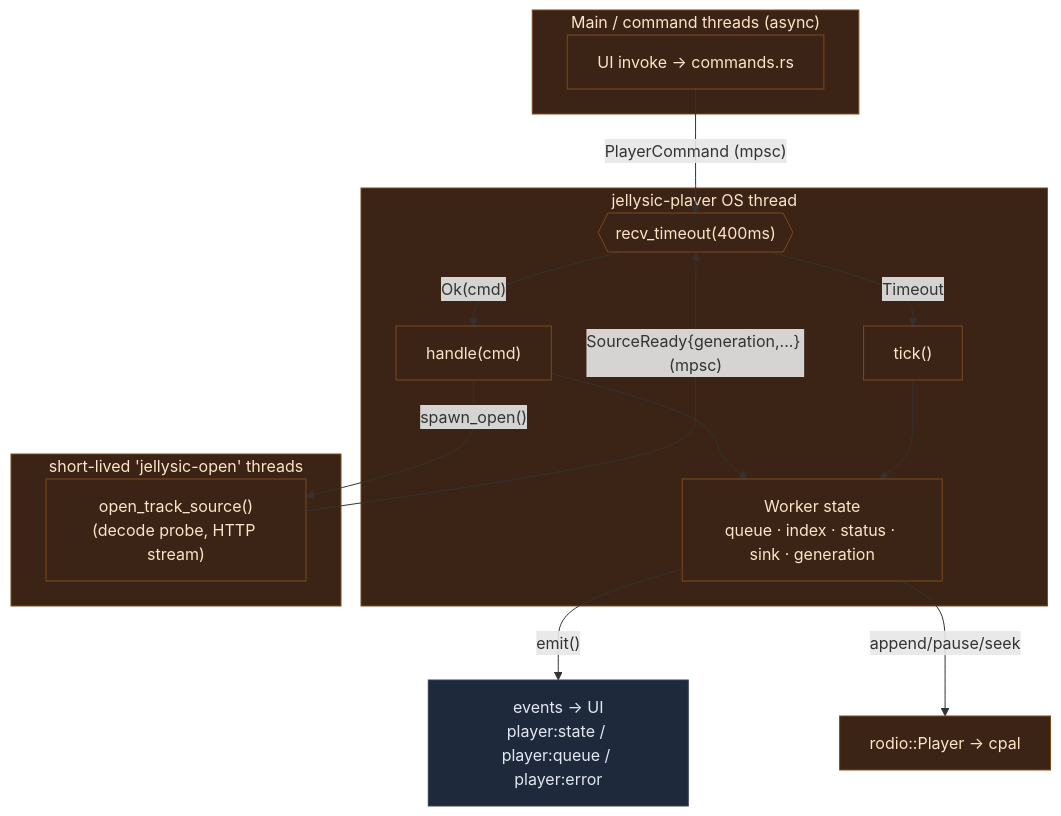
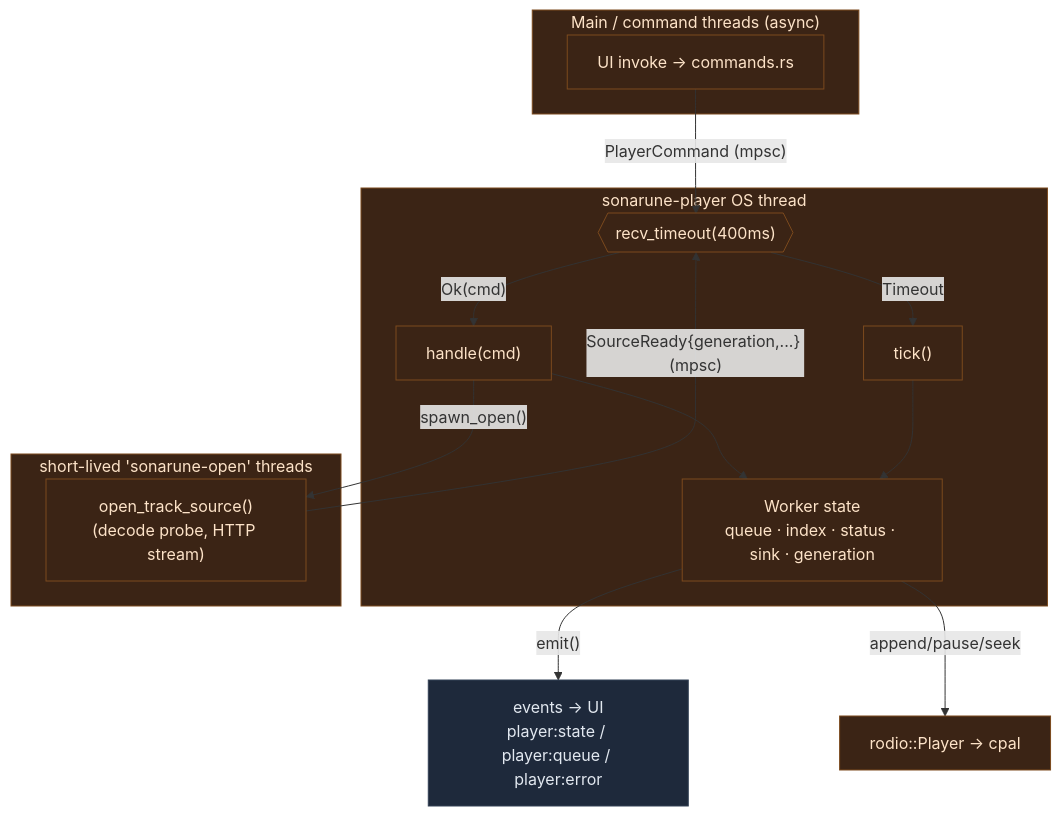
Before and after one commit to Ariazonaa/sonarune: the third of 11 diagrams in docs/architecture.md, drawn with Mermaid. The commit also changed other lines of this file and 94 other files, not shown here.

````diff
--- a/docs/architecture.md
+++ b/docs/architecture.md
@@ -105,32 +105,32 @@
 ```mermaid
 flowchart TB
     subgraph MAIN["Main / command threads (async)"]
         U["UI invoke → commands.rs"]
     end
 
-    subgraph WORKER["jellysic-player OS thread"]
+    subgraph WORKER["sonarune-player OS thread"]
         LOOP{{"recv_timeout(400ms)"}}
         H["handle(cmd)"]
         T["tick()"]
         W["Worker state<br/>queue · index · status · sink · generation"]
         LOOP -- "Ok(cmd)" --> H
         LOOP -- "Timeout" --> T
         H --> W
         T --> W
     end
 
-    subgraph OPEN["short-lived 'jellysic-open' threads"]
+    subgraph OPEN["short-lived 'sonarune-open' threads"]
         O["open_track_source()<br/>(decode probe, HTTP stream)"]
     end
 
     U -- "PlayerCommand (mpsc)" --> LOOP
     H -- "spawn_open()" --> O
     O -- "SourceReady{generation,...} (mpsc)" --> LOOP
     W -- "emit()" --> EV["events → UI<br/>player:state / player:queue / player:error"]
     W -- "append/pause/seek" --> SINK["rodio::Player → cpal"]
 
     classDef box fill:#3b2415,stroke:#7c4a1e,color:#fde3c8;
     classDef ev fill:#1e293b,stroke:#334155,color:#e2e8f0;
     class WORKER,LOOP,H,T,W,OPEN,O,MAIN,U,SINK box;
     class EV ev;
 ```
````
